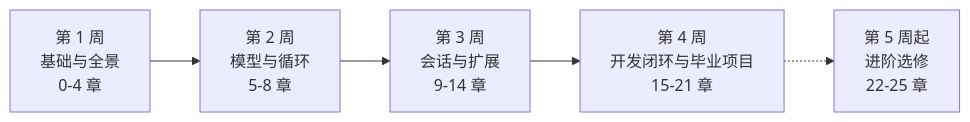
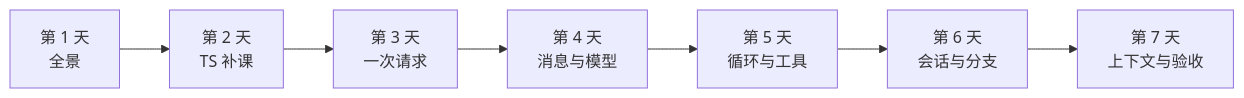
One commit to yipen9/pi changed the diagram in docs/learning/zh-CN/README.md. Above: the diagram before and after it, drawn with Mermaid. The commit also changed other lines of this file and 85 other files, not shown here.

````diff
--- a/docs/learning/zh-CN/README.md
+++ b/docs/learning/zh-CN/README.md
@@ -46,7 +48,9 @@
 ```mermaid
 flowchart LR
-  W1[第 1 周<br/>基础与全景<br/>0-4 章] --> W2[第 2 周<br/>模型与循环<br/>5-8 章]
-  W2 --> W3[第 3 周<br/>会话与扩展<br/>9-14 章]
-  W3 --> W4[第 4 周<br/>开发闭环与毕业项目<br/>15-21 章]
-  W4 -.-> W5[第 5 周起<br/>进阶选修<br/>22-25 章]
+  D1[第 1 天<br/>全景] --> D2[第 2 天<br/>TS 补课]
+  D2 --> D3[第 3 天<br/>一次请求]
+  D3 --> D4[第 4 天<br/>消息与模型]
+  D4 --> D5[第 5 天<br/>循环与工具]
+  D5 --> D6[第 6 天<br/>会话与分支]
+  D6 --> D7[第 7 天<br/>上下文与验收]
 ```
````
